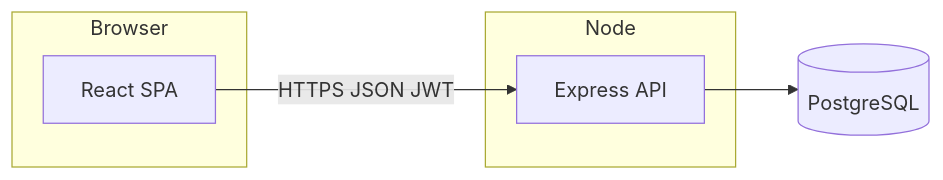
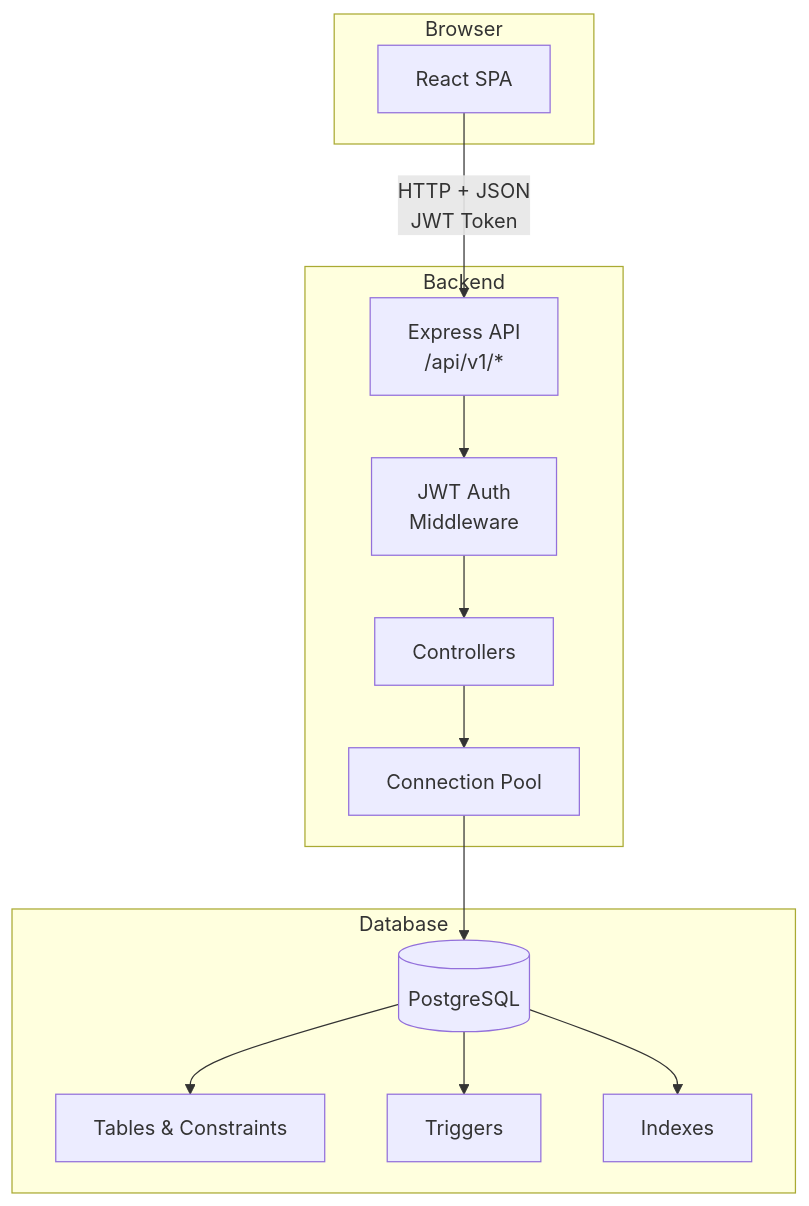
The diagram in README.md (Splinter047/Animal-Shelter), drawn with Mermaid before and after one commit. The commit also changed other lines of this file and 16 other files, not shown here.

````diff
--- a/README.md
+++ b/README.md
@@ -24,12 +58,29 @@
 ```mermaid
-flowchart LR
-  subgraph client [Browser]
-    UI[React SPA]
-  end
-  subgraph server [Node]
-    API[Express API]
-  end
-  DB[(PostgreSQL)]
-  UI -->|HTTPS JSON JWT| API
-  API --> DB
+flowchart TB
+    subgraph Browser
+        UI[React SPA]
+    end
+    
+    subgraph Backend
+        API[Express API<br/>/api/v1/*]
+        Auth[JWT Auth<br/>Middleware]
+        Controllers[Controllers]
+        Pool[Connection Pool]
+    end
+    
+    subgraph Database
+        PG[(PostgreSQL)]
+        Schema[Tables & Constraints]
+        Triggers[Triggers]
+        Indexes[Indexes]
+    end
+    
+    UI -->|HTTP + JSON<br/>JWT Token| API
+    API --> Auth
+    Auth --> Controllers
+    Controllers --> Pool
+    Pool --> PG
+    PG --> Schema
+    PG --> Triggers
+    PG --> Indexes
 ```
````
